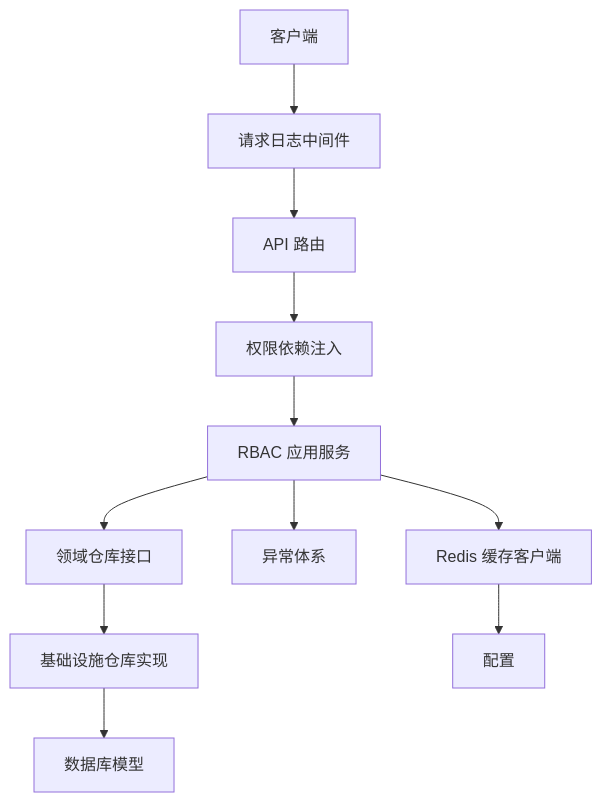
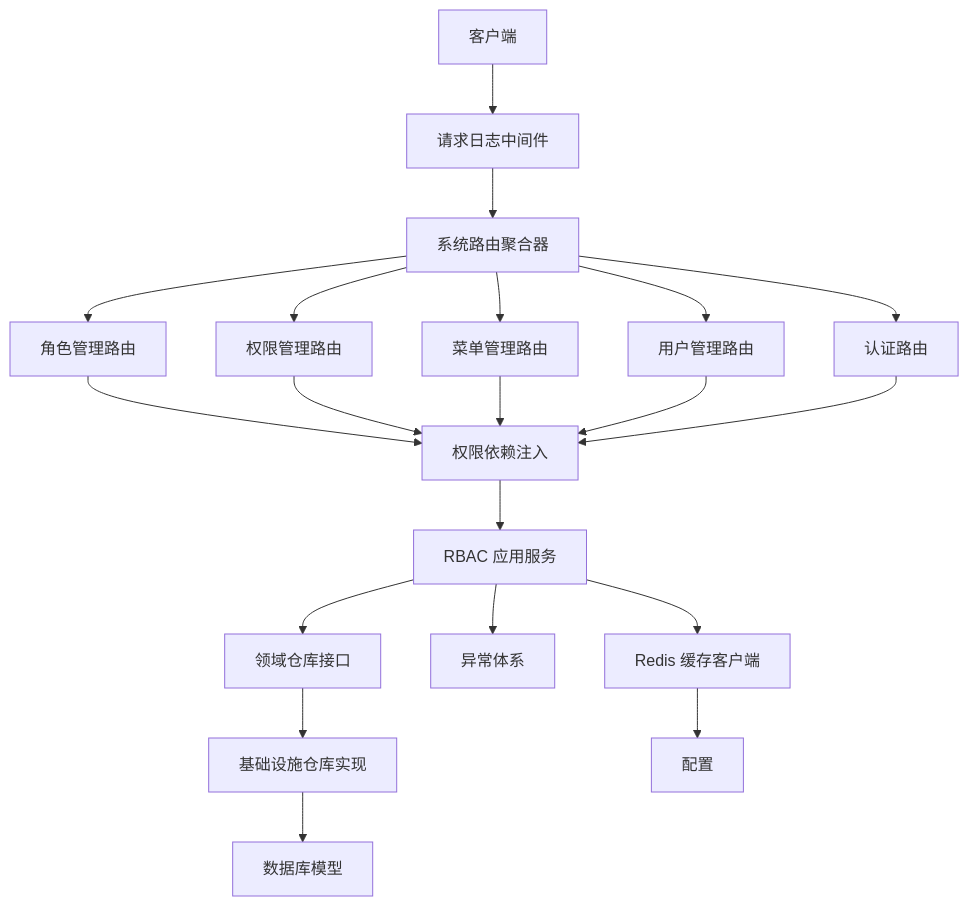
Before and after one commit to taoweidong/Hello-FastApi: the second of 8 diagrams in .qoder/repowiki/zh/content/RBAC 权限系统/权限验证机制.md, drawn with Mermaid. The commit also changed other lines of this file and 9 other files, not shown here.

````diff
--- a/.qoder/repowiki/zh/content/RBAC 权限系统/权限验证机制.md
+++ b/.qoder/repowiki/zh/content/RBAC 权限系统/权限验证机制.md
@@ -117,13 +142,22 @@
 ```mermaid
 graph TB
 Client["客户端"] --> MW["请求日志中间件"]
-MW --> Route["API 路由"]
-Route --> Dep["权限依赖注入"]
+MW --> SystemRouter["系统路由聚合器"]
+SystemRouter --> RoleRouter["角色管理路由"]
+SystemRouter --> PermissionRouter["权限管理路由"]
+SystemRouter --> MenuRouter["菜单管理路由"]
+SystemRouter --> UserRouter["用户管理路由"]
+SystemRouter --> AuthRouter["认证路由"]
+RoleRouter --> Dep["权限依赖注入"]
+PermissionRouter --> Dep
+MenuRouter --> Dep
+UserRouter --> Dep
+AuthRouter --> Dep
 Dep --> Svc["RBAC 应用服务"]
 Svc --> RepoIF["领域仓库接口"]
 RepoIF --> RepoImpl["基础设施仓库实现"]
 RepoImpl --> DB["数据库模型"]
 Svc --> Ex["异常体系"]
 Svc --> Cache["Redis 缓存客户端"]
 Cache --> Cfg["配置"]
 ```
````
